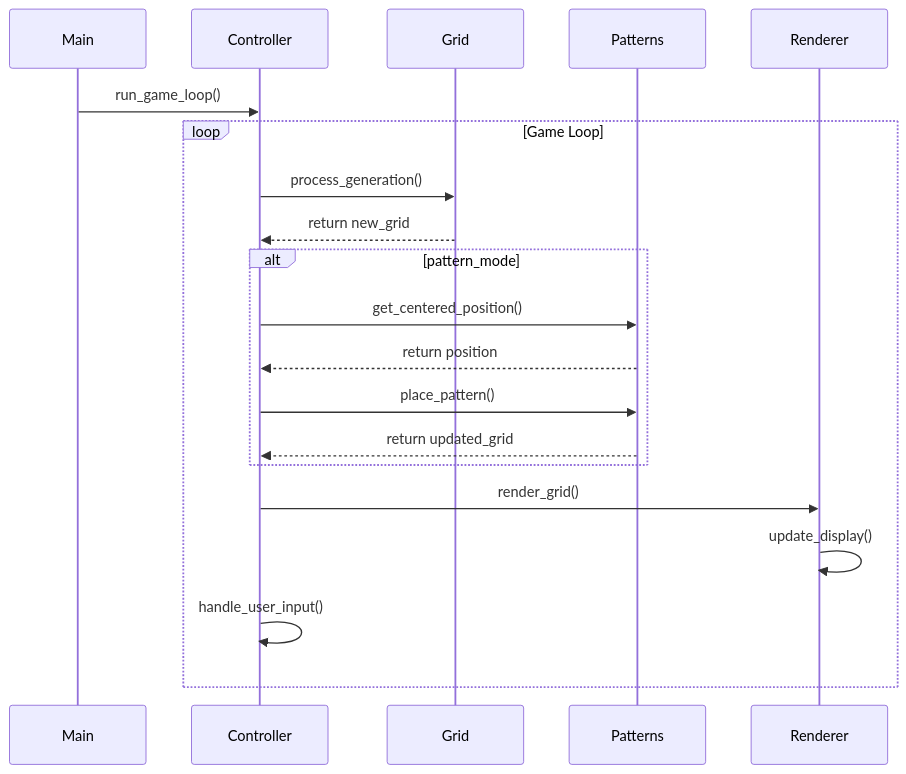
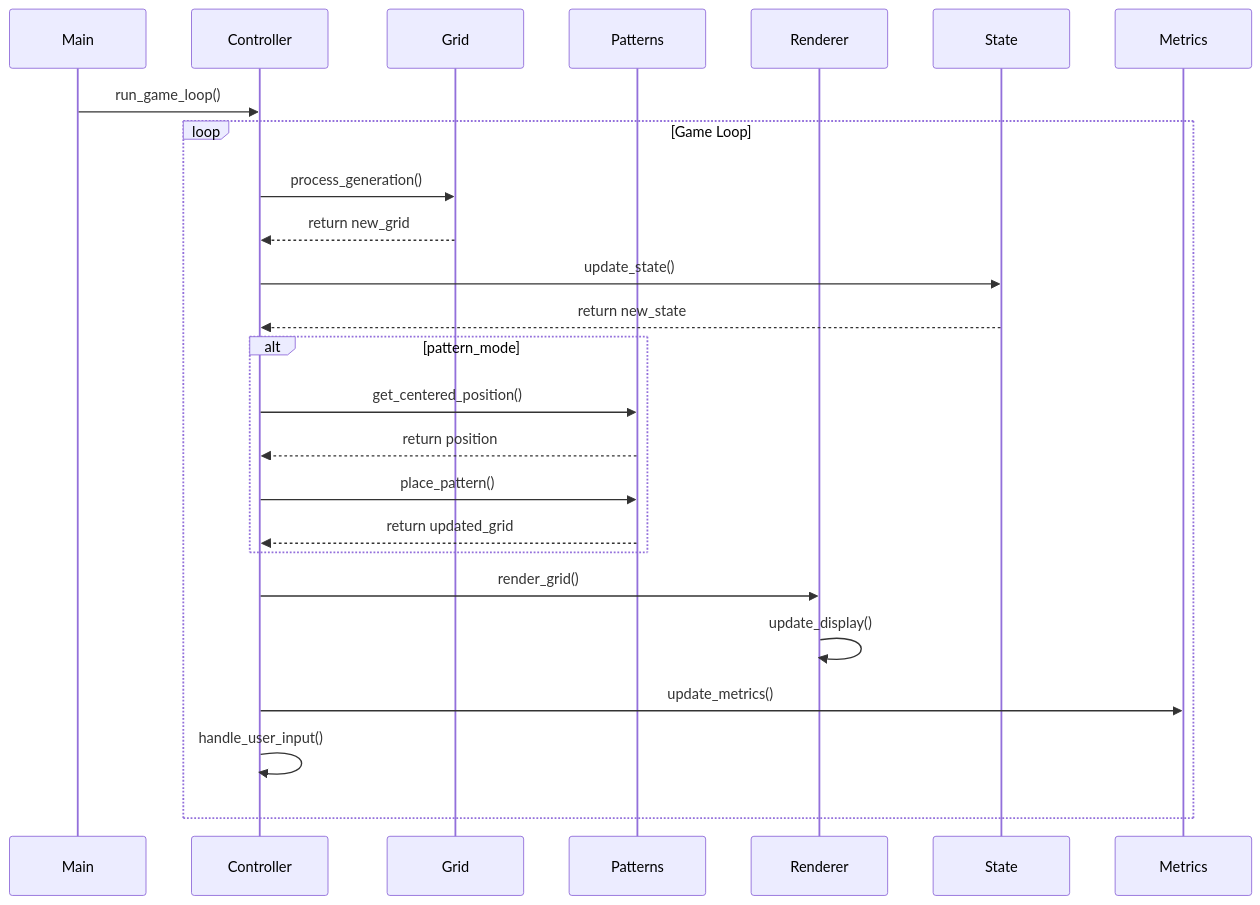
One commit to dewe/py-gol changed the second of 6 diagrams in docs/diagrams.md. Above: the diagram before and after it, drawn with Mermaid. The commit also changed other lines of this file and 4 other files, not shown here.

First line of the commit message:
docs(core): update documentation to reflect current architecture

````diff
--- a/docs/diagrams.md
+++ b/docs/diagrams.md
@@ -26,23 +29,28 @@
 ```mermaid
 sequenceDiagram
     participant Main
     participant Controller
     participant Grid
     participant Patterns
     participant Renderer
+    participant State
+    participant Metrics
     
     Main->>Controller: run_game_loop()
     loop Game Loop
         Controller->>Grid: process_generation()
         Grid-->>Controller: return new_grid
+        Controller->>State: update_state()
+        State-->>Controller: return new_state
         alt pattern_mode
             Controller->>Patterns: get_centered_position()
             Patterns-->>Controller: return position
             Controller->>Patterns: place_pattern()
             Patterns-->>Controller: return updated_grid
         end
         Controller->>Renderer: render_grid()
         Renderer->>Renderer: update_display()
+        Controller->>Metrics: update_metrics()
         Controller->>Controller: handle_user_input()
     end
 ```
````
